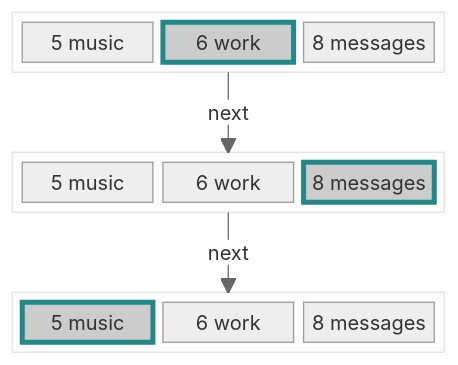
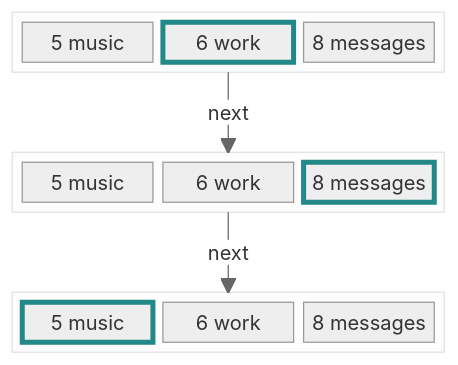
The second of 10 diagrams in README.md (berezowski/swaymsg_workspace), drawn with Mermaid (neutral theme) before and after one commit. The commit also changed other lines of this file, not shown here.

````diff
--- a/README.md
+++ b/README.md
@@ -72,26 +72,26 @@
 ```mermaid
 block-beta
   columns 3
   block:a:3
     A["5 music"]
     B["6 work"]
     C["8 messages"]
   end
   space:3
   block:b:3
     D["5 music"]
     E["6 work"]
     F["8 messages"]
   end
   space:3
   block:c:3
     G["5 music"]
     H["6 work"]
     I["8 messages"]
   end
   a -- "next" --> b
   b -- "next" --> c
-  style B fill:#ccc,stroke:#288,stroke-width:4px,color:#000
-  style F fill:#ccc,stroke:#288,stroke-width:4px,color:#000
-  style G fill:#ccc,stroke:#288,stroke-width:4px,color:#000
+  style B stroke:#288,stroke-width:4px
+  style F stroke:#288,stroke-width:4px
+  style G stroke:#288,stroke-width:4px
 ```
````
